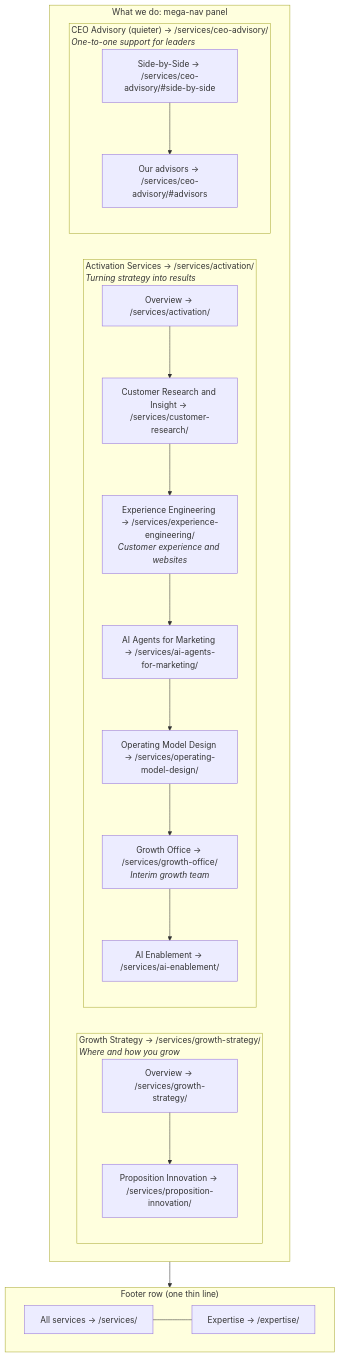
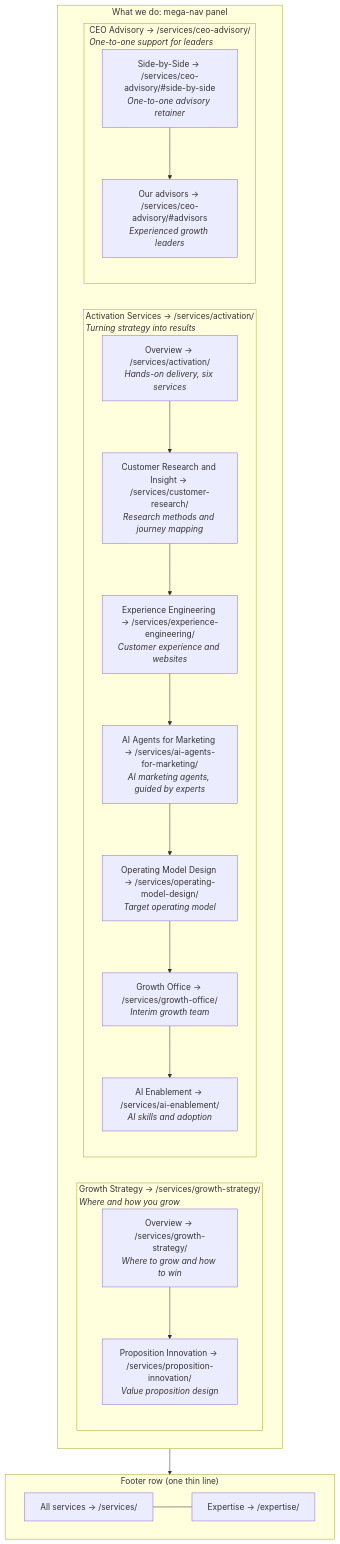
Before and after one commit to gsdd/temp-manifesto-ia: the second of 6 diagrams in docs/diagrams/mega-nav.md, drawn with Mermaid. The commit also changed other lines of this file and 57 other files, not shown here.

````diff
--- a/docs/diagrams/mega-nav.md
+++ b/docs/diagrams/mega-nav.md
@@ -22,41 +22,41 @@
 ```mermaid
 flowchart TB
     subgraph Panel["What we do: mega-nav panel"]
         direction LR
 
         subgraph C1["Growth Strategy → /services/growth-strategy/<br/><i>Where and how you grow</i>"]
             direction TB
-            C1o["Overview → /services/growth-strategy/"]
-            C1a["Proposition Innovation → /services/proposition-innovation/"]
+            C1o["Overview → /services/growth-strategy/<br/><i>Where to grow and how to win</i>"]
+            C1a["Proposition Innovation → /services/proposition-innovation/<br/><i>Value proposition design</i>"]
             C1o --> C1a
         end
 
         subgraph C2["Activation Services → /services/activation/<br/><i>Turning strategy into results</i>"]
             direction TB
-            C2o["Overview → /services/activation/"]
-            C2a["Customer Research and Insight → /services/customer-research/"]
+            C2o["Overview → /services/activation/<br/><i>Hands-on delivery, six services</i>"]
+            C2a["Customer Research and Insight → /services/customer-research/<br/><i>Research methods and journey mapping</i>"]
             C2b["Experience Engineering → /services/experience-engineering/<br/><i>Customer experience and websites</i>"]
-            C2c["AI Agents for Marketing → /services/ai-agents-for-marketing/"]
-            C2d["Operating Model Design → /services/operating-model-design/"]
+            C2c["AI Agents for Marketing → /services/ai-agents-for-marketing/<br/><i>AI marketing agents, guided by experts</i>"]
+            C2d["Operating Model Design → /services/operating-model-design/<br/><i>Target operating model</i>"]
             C2e["Growth Office → /services/growth-office/<br/><i>Interim growth team</i>"]
-            C2f["AI Enablement → /services/ai-enablement/"]
+            C2f["AI Enablement → /services/ai-enablement/<br/><i>AI skills and adoption</i>"]
             C2o --> C2a --> C2b --> C2c --> C2d --> C2e --> C2f
         end
 
-        subgraph C3["CEO Advisory (quieter) → /services/ceo-advisory/<br/><i>One-to-one support for leaders</i>"]
+        subgraph C3["CEO Advisory → /services/ceo-advisory/<br/><i>One-to-one support for leaders</i>"]
             direction TB
-            C3a["Side-by-Side → /services/ceo-advisory/#side-by-side"]
-            C3b["Our advisors → /services/ceo-advisory/#advisors"]
+            C3a["Side-by-Side → /services/ceo-advisory/#side-by-side<br/><i>One-to-one advisory retainer</i>"]
+            C3b["Our advisors → /services/ceo-advisory/#advisors<br/><i>Experienced growth leaders</i>"]
             C3a --> C3b
         end
     end
 
     subgraph Row["Footer row (one thin line)"]
         direction LR
         R1["All services → /services/"]
         R2["Expertise → /expertise/"]
         R1 --- R2
     end
 
     Panel --> Row
 ```
````
